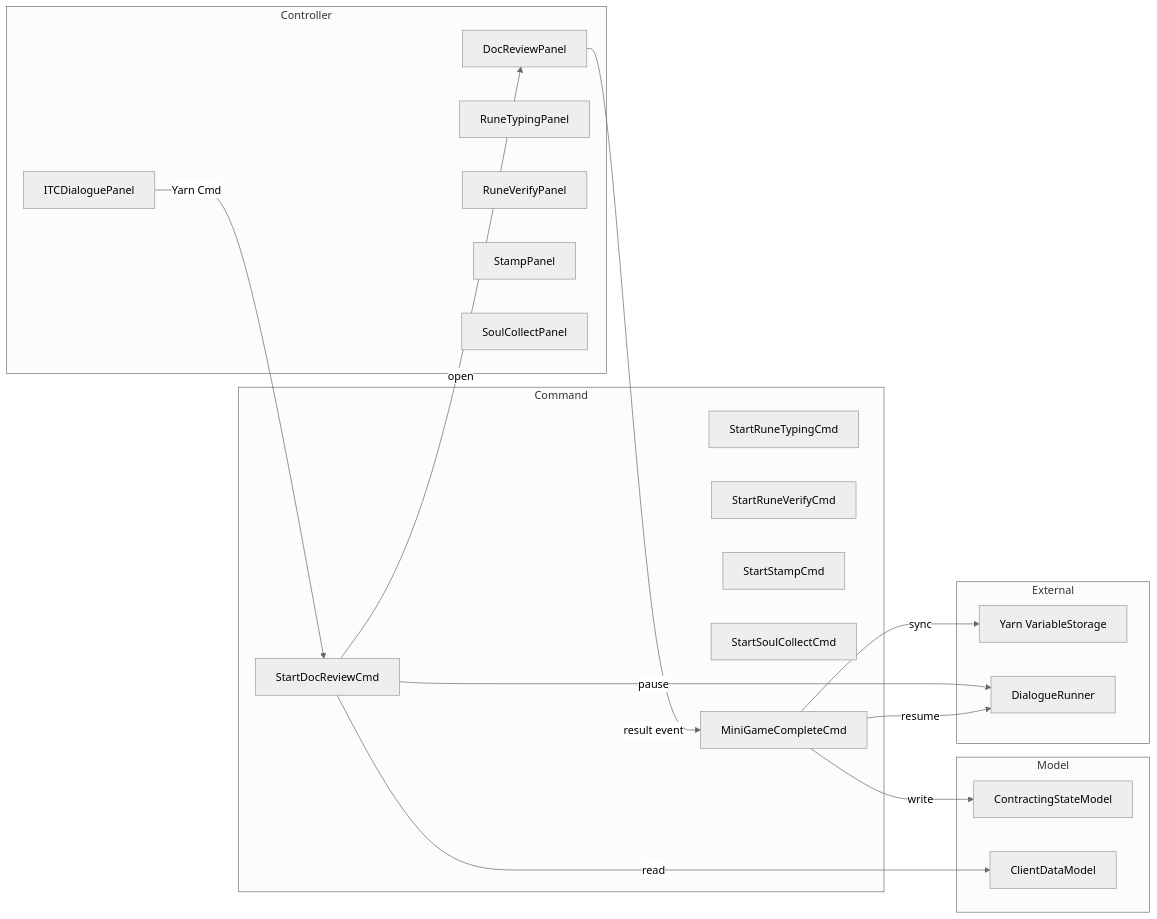
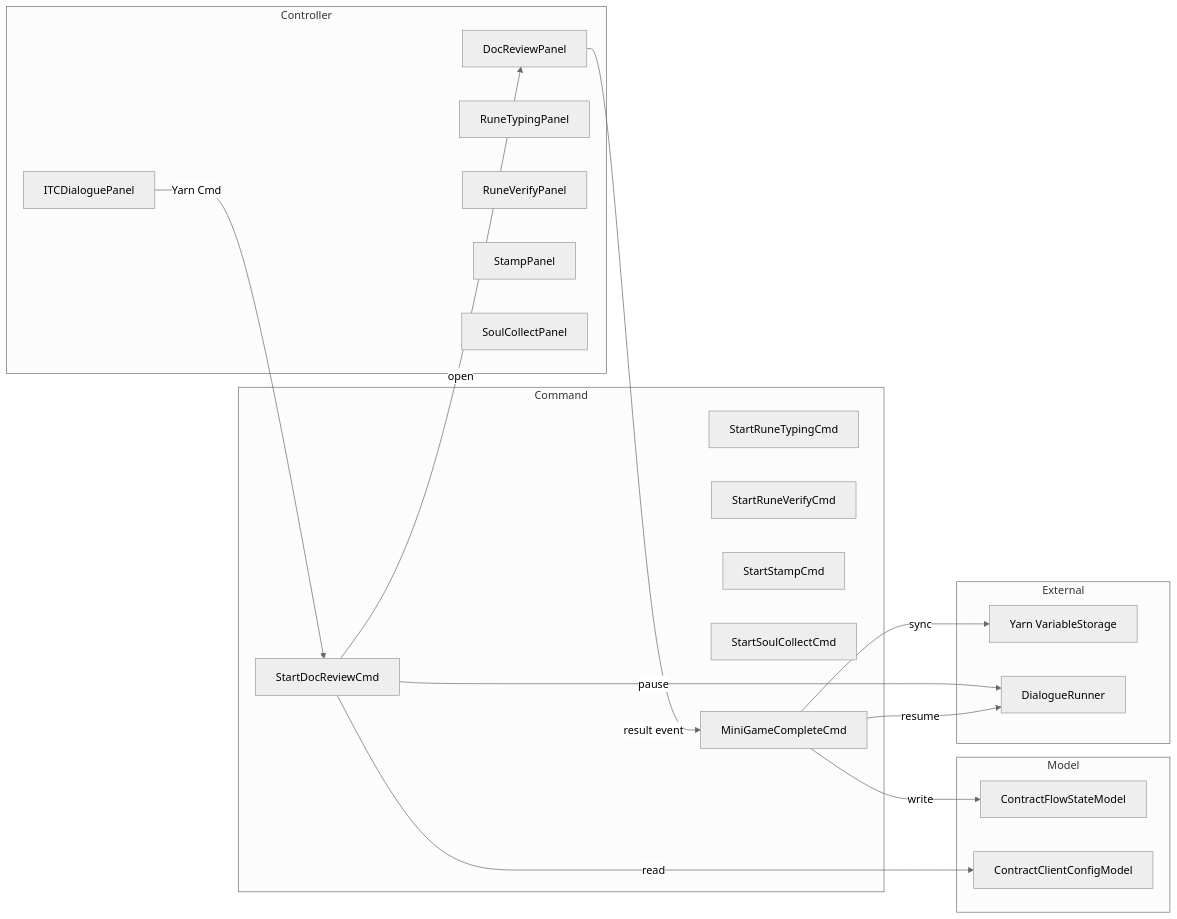
The ninth of 9 diagrams in Assets/Doc/ITC Doc/minigame/Signimplementation_plan.md (tja688/ITC-Unity6), drawn with Mermaid (neutral theme) before and after one commit. The commit also changed other lines of this file and 4 other files, not shown here.

````diff
--- a/Assets/Doc/ITC Doc/minigame/Signimplementation_plan.md
+++ b/Assets/Doc/ITC Doc/minigame/Signimplementation_plan.md
@@ -673,39 +673,39 @@
 ```mermaid
 flowchart LR
   subgraph Model
-    CSM[ContractingStateModel]
-    CDM[ClientDataModel]
+    CSM[ContractFlowStateModel]
+    CDM[ContractClientConfigModel]
   end
 
   subgraph Command
     SDR[StartDocReviewCmd]
     SRT[StartRuneTypingCmd]
     SRV[StartRuneVerifyCmd]
     SS[StartStampCmd]
     SSC[StartSoulCollectCmd]
     MGC[MiniGameCompleteCmd]
   end
 
   subgraph Controller
     DP[DocReviewPanel]
     RP[RuneTypingPanel]
     VP[RuneVerifyPanel]
     SP[StampPanel]
     SCP[SoulCollectPanel]
     IDP[ITCDialoguePanel]
   end
 
   subgraph External
     YS[Yarn VariableStorage]
     DR[DialogueRunner]
   end
 
   IDP -->|Yarn Cmd| SDR
   SDR -->|read| CDM
   SDR -->|pause| DR
   SDR -->|open| DP
   DP -->|result event| MGC
   MGC -->|write| CSM
   MGC -->|sync| YS
   MGC -->|resume| DR
 ```
````
